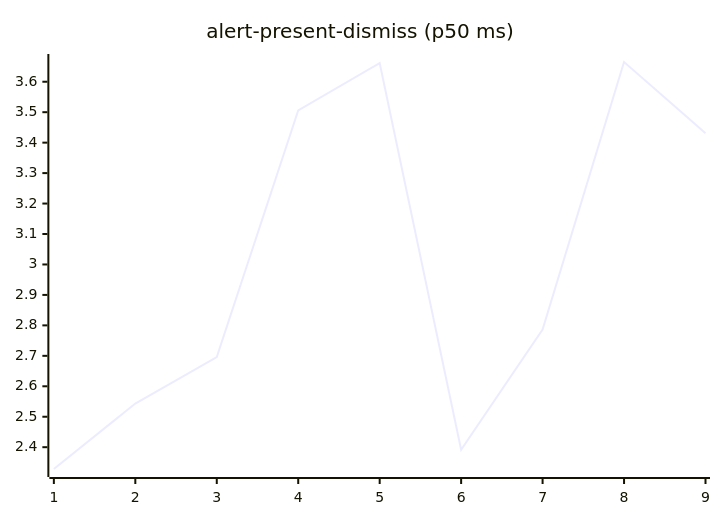
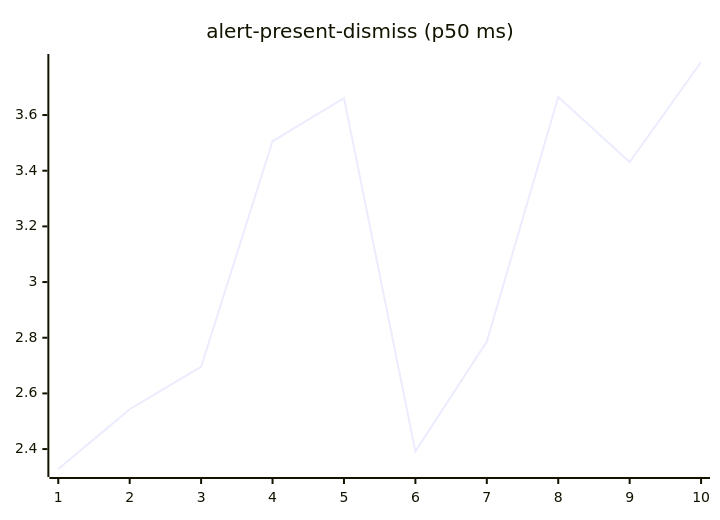
One commit to josha/Facet changed the second of 27 diagrams in README.md. Above: the diagram before and after it, drawn with Mermaid. The commit also changed other lines of this file and 2 other files, not shown here.

````diff
--- a/README.md
+++ b/README.md
@@ -70,6 +70,6 @@
 ```mermaid
 xychart-beta
     title "alert-present-dismiss (p50 ms)"
-    x-axis 1 --> 9
-    line [2.3284, 2.5432, 2.6957, 3.5058, 3.6611, 2.3918, 2.7865, 3.6648, 3.4312]
+    x-axis 1 --> 10
+    line [2.3284, 2.5432, 2.6957, 3.5058, 3.6611, 2.3918, 2.7865, 3.6648, 3.4312, 3.7906]
 ```
````
